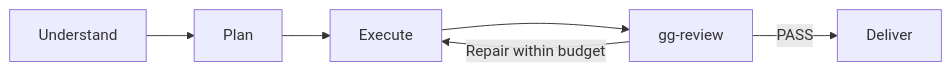
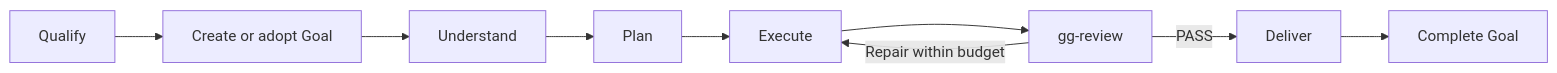
Before and after one commit to lilienblum/skills: the diagram in README.md, drawn with Mermaid. The commit also changed other lines of this file and 5 other files, not shown here.

````diff
--- a/README.md
+++ b/README.md
@@ -27,6 +27,7 @@
 ```mermaid
 flowchart LR
-  understand["Understand"] --> plan["Plan"] --> execute["Execute"]
+  qualify["Qualify"] --> goal["Create or adopt Goal"] --> understand["Understand"] --> plan["Plan"] --> execute["Execute"]
   execute --> review["gg-review"] -->|PASS| deliver["Deliver"]
   review -->|Repair within budget| execute
+  deliver --> complete["Complete Goal"]
 ```
````
